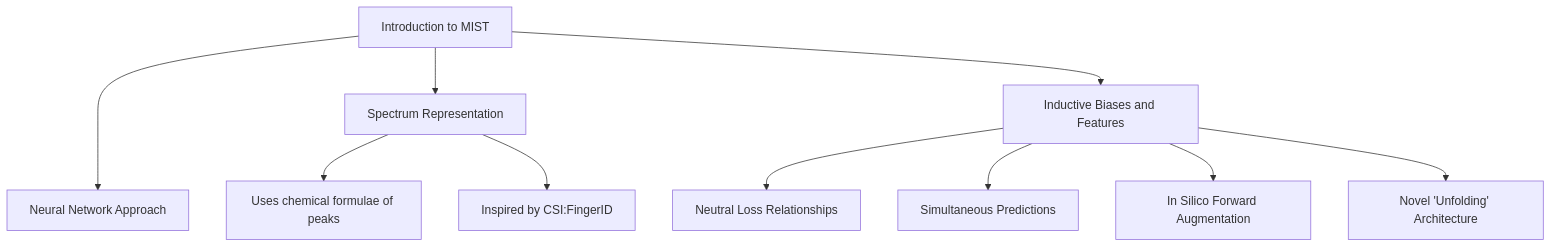
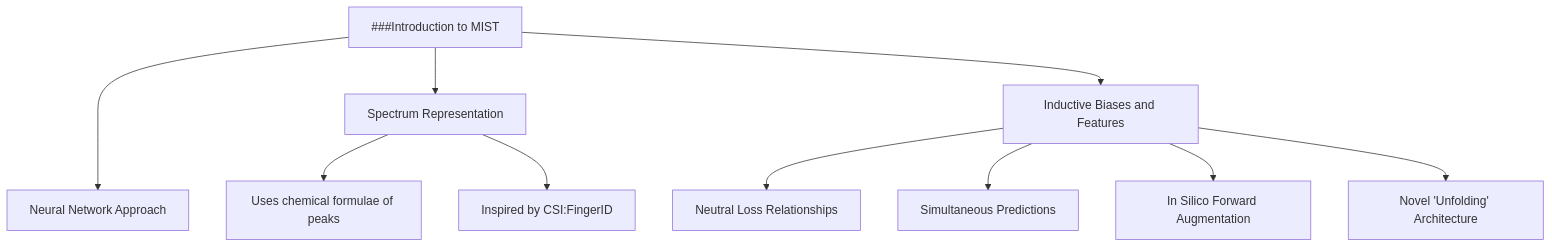
The diagram in papers/Metabolite_MS_Transformer/annotating-metabolite-mass-spectra-with-domain-inspired-chemical-formula-transformers.md (lamalab-org/toolminutes), drawn with Mermaid before and after one commit.

Commit message:
flowchart

````diff
--- a/papers/Metabolite_MS_Transformer/annotating-metabolite-mass-spectra-with-domain-inspired-chemical-formula-transformers.md
+++ b/papers/Metabolite_MS_Transformer/annotating-metabolite-mass-spectra-with-domain-inspired-chemical-formula-transformers.md
@@ -6,15 +6,15 @@
 ```mermaid
 graph TD;
     
 
-    Introduction_MIST["Introduction to MIST"] ---> Neural_Network_Approach["Neural Network Approach"];
+    Introduction_MIST["###Introduction to MIST"] ---> Neural_Network_Approach["Neural Network Approach"];
     Introduction_MIST --> Spectrum_Representation["Spectrum Representation"];
     Introduction_MIST --> Inductive_Biases_and_Features["Inductive Biases and Features"];
     Inductive_Biases_and_Features --> Neutral_Loss_Relationships["Neutral Loss Relationships"];
     Inductive_Biases_and_Features --> Simultaneous_Predictions["Simultaneous Predictions"];
     Inductive_Biases_and_Features --> In_Silico_Forward_Augmentation["In Silico Forward Augmentation"];
     Inductive_Biases_and_Features --> Novel_Unfolding_Architecture["Novel 'Unfolding' Architecture"];
     Spectrum_Representation --> Chemical_Formulae_of_Peaks["Uses chemical formulae of peaks"];
     Spectrum_Representation --> Inspired_by_CSI_FingerID["Inspired by CSI:FingerID"];
 
 ```
````
